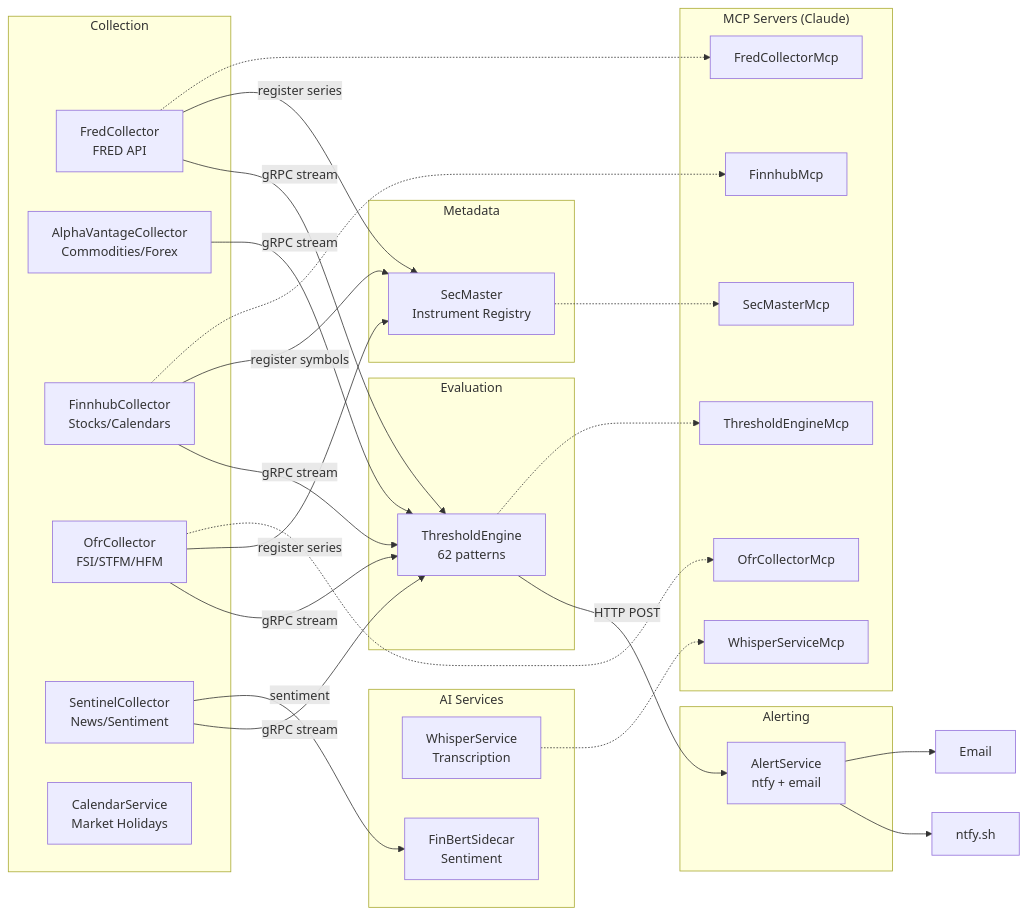
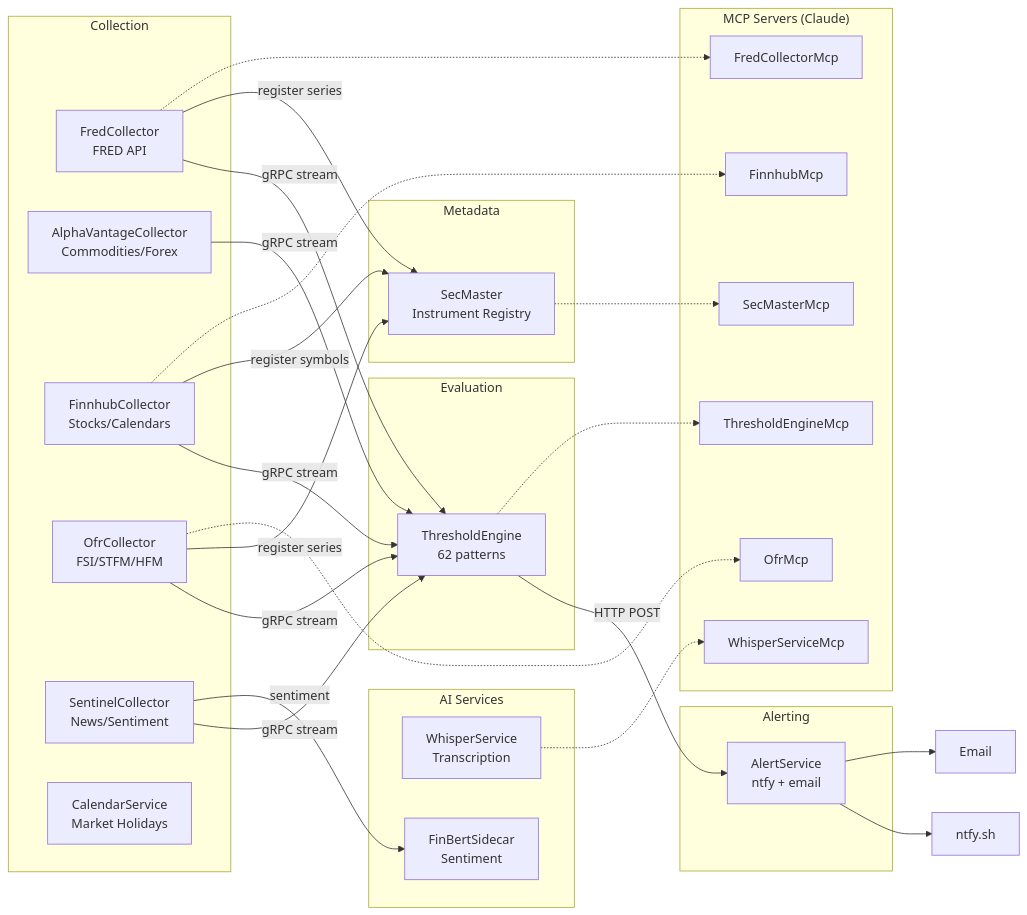
One commit to jpansarasa/ATLAS-Docs changed the first of 4 diagrams in docs/ARCHITECTURE.md. Above: the diagram before and after it, drawn with Mermaid. The commit also changed other lines of this file and 7 other files, not shown here.

````diff
--- a/docs/ARCHITECTURE.md
+++ b/docs/ARCHITECTURE.md
@@ -7,57 +7,57 @@
 ```mermaid
 flowchart LR
     subgraph Collection
         FC[FredCollector<br/>FRED API]
         AV[AlphaVantageCollector<br/>Commodities/Forex]
         FH[FinnhubCollector<br/>Stocks/Calendars]
         OFR[OfrCollector<br/>FSI/STFM/HFM]
         SC[SentinelCollector<br/>News/Sentiment]
         CS[CalendarService<br/>Market Holidays]
     end
 
     subgraph Metadata
         SM[SecMaster<br/>Instrument Registry]
     end
 
     subgraph Evaluation
         TE[ThresholdEngine<br/>62 patterns]
     end
 
     subgraph Alerting
         AS[AlertService<br/>ntfy + email]
     end
 
     subgraph AI["AI Services"]
         WS[WhisperService<br/>Transcription]
         FB[FinBertSidecar<br/>Sentiment]
     end
 
     subgraph MCP["MCP Servers (Claude)"]
         FM[FredCollectorMcp]
         TM[ThresholdEngineMcp]
         FHM[FinnhubMcp]
-        OM[OfrCollectorMcp]
+        OM[OfrMcp]
         SMM[SecMasterMcp]
         WSM[WhisperServiceMcp]
     end
 
     FC -->|gRPC stream| TE
     AV -->|gRPC stream| TE
     FH -->|gRPC stream| TE
     OFR -->|gRPC stream| TE
     SC -->|gRPC stream| TE
     FC -->|register series| SM
     FH -->|register symbols| SM
     OFR -->|register series| SM
     SC -->|sentiment| FB
     TE -->|HTTP POST| AS
     AS --> N[ntfy.sh]
     AS --> E[Email]
 
     FC -.-> FM
     TE -.-> TM
     FH -.-> FHM
     OFR -.-> OM
     SM -.-> SMM
     WS -.-> WSM
 ```
````
